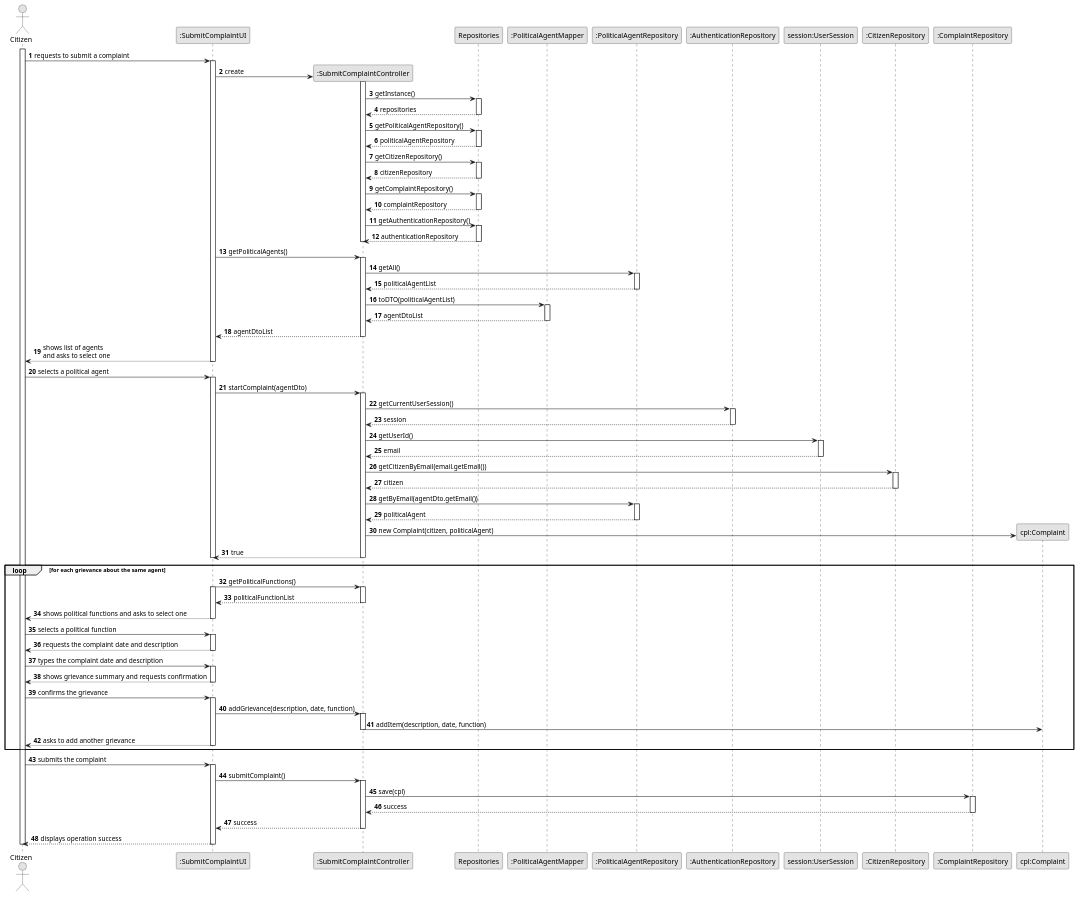
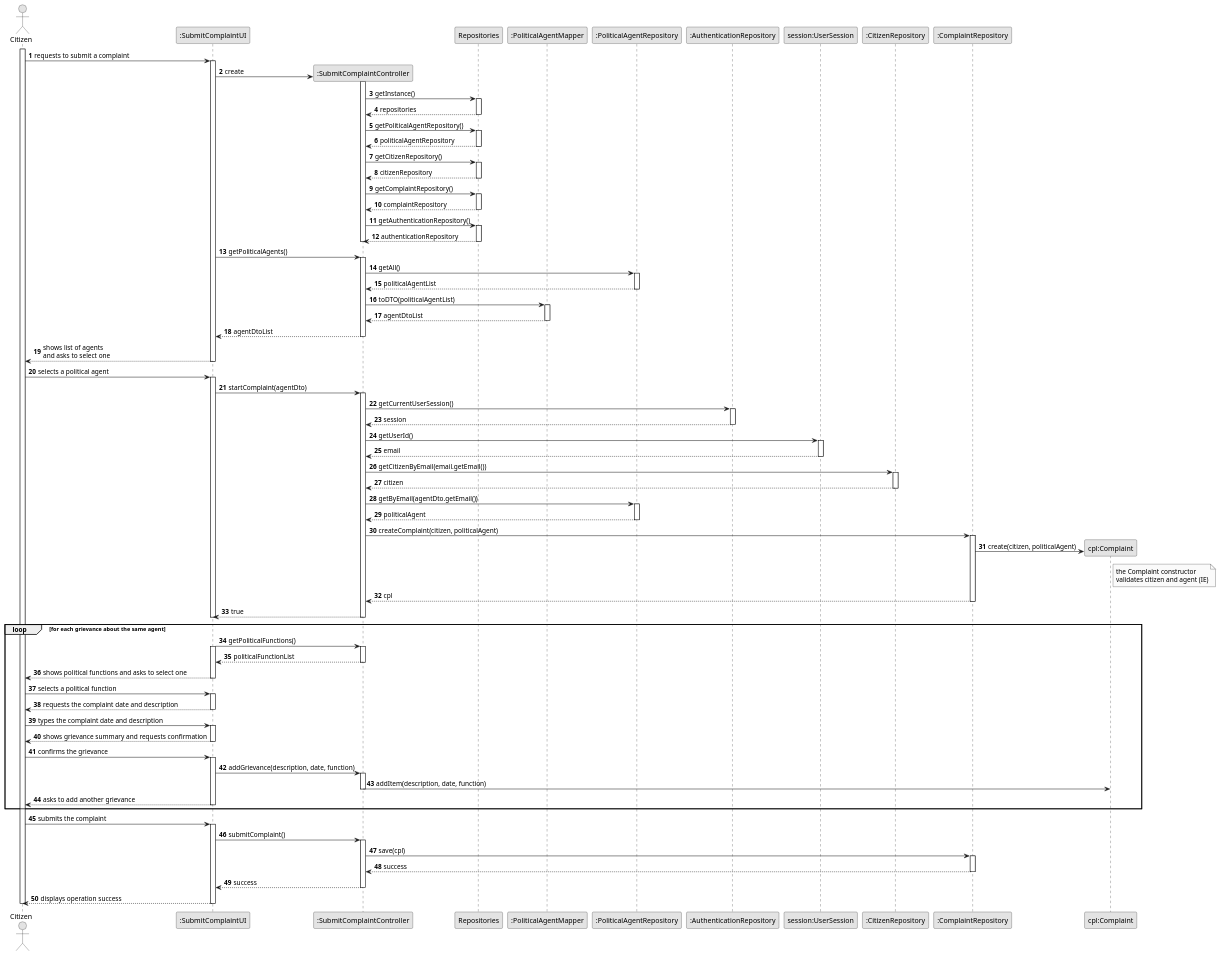
Before and after one commit to brunodspinto/crystal-clear-platform: the diagram in docs/system-documentation/US12/03.design/puml/US12-SD.puml, drawn with PlantUML. The commit also changed 8 other files, not shown here.

```diff
--- a/docs/system-documentation/US12/03.design/puml/US12-SD.puml
+++ b/docs/system-documentation/US12/03.design/puml/US12-SD.puml
@@ -1,135 +1,143 @@
 @startuml US12-SD
 skinparam monochrome true
 skinparam packageStyle rectangle
 skinparam shadowing false
 
 autonumber
 
 actor "Citizen" as C
 participant ":SubmitComplaintUI" as UI
 participant ":SubmitComplaintController" as CTRL
 participant "Repositories" as REPOS
 participant ":PoliticalAgentMapper" as PAM
 participant ":PoliticalAgentRepository" as PAR
 participant ":AuthenticationRepository" as AR
 participant "session:UserSession" as SESS
 participant ":CitizenRepository" as CitR
 participant ":ComplaintRepository" as CR
 participant "cpl:Complaint" as CPL
 
 activate C
 
     C -> UI : requests to submit a complaint
     activate UI
 
         UI -> CTRL** : create
         activate CTRL
             CTRL -> REPOS : getInstance()
             activate REPOS
                 REPOS --> CTRL : repositories
             deactivate REPOS
             CTRL -> REPOS : getPoliticalAgentRepository()
             activate REPOS
                 REPOS --> CTRL : politicalAgentRepository
             deactivate REPOS
             CTRL -> REPOS : getCitizenRepository()
             activate REPOS
                 REPOS --> CTRL : citizenRepository
             deactivate REPOS
             CTRL -> REPOS : getComplaintRepository()
             activate REPOS
                 REPOS --> CTRL : complaintRepository
             deactivate REPOS
             CTRL -> REPOS : getAuthenticationRepository()
             activate REPOS
                 REPOS --> CTRL : authenticationRepository
             deactivate REPOS
         deactivate CTRL
 
         UI -> CTRL : getPoliticalAgents()
         activate CTRL
             CTRL -> PAR : getAll()
             activate PAR
                 PAR --> CTRL : politicalAgentList
             deactivate PAR
             CTRL -> PAM : toDTO(politicalAgentList)
             activate PAM
                 PAM --> CTRL : agentDtoList
             deactivate PAM
             CTRL --> UI : agentDtoList
         deactivate CTRL
 
         UI --> C : shows list of agents \nand asks to select one
     deactivate UI
 
     C -> UI : selects a political agent
     activate UI
 
         UI -> CTRL : startComplaint(agentDto)
         activate CTRL
             CTRL -> AR : getCurrentUserSession()
             activate AR
                 AR --> CTRL : session
             deactivate AR
             CTRL -> SESS : getUserId()
             activate SESS
                 SESS --> CTRL : email
             deactivate SESS
             CTRL -> CitR : getCitizenByEmail(email.getEmail())
             activate CitR
                 CitR --> CTRL : citizen
             deactivate CitR
             CTRL -> PAR : getByEmail(agentDto.getEmail())
             activate PAR
                 PAR --> CTRL : politicalAgent
             deactivate PAR
-            CTRL -> CPL ** : new Complaint(citizen, politicalAgent)
+            CTRL -> CR : createComplaint(citizen, politicalAgent)
+            activate CR
+                CR -> CPL** : create(citizen, politicalAgent)
+                note right of CPL
+                    the Complaint constructor
+                    validates citizen and agent (IE)
+                end note
+                CR --> CTRL : cpl
+            deactivate CR
             CTRL --> UI : true
         deactivate CTRL
     deactivate UI
 
     loop for each grievance about the same agent
         UI -> CTRL : getPoliticalFunctions()
         activate UI
         activate CTRL
             CTRL --> UI : politicalFunctionList
         deactivate CTRL
         UI --> C : shows political functions and asks to select one
         deactivate UI
 
         C -> UI : selects a political function
         activate UI
             UI --> C : requests the complaint date and description
         deactivate UI
 
         C -> UI : types the complaint date and description
         activate UI
             UI --> C : shows grievance summary and requests confirmation
         deactivate UI
 
         C -> UI : confirms the grievance
         activate UI
             UI -> CTRL : addGrievance(description, date, function)
             activate CTRL
                 CTRL -> CPL : addItem(description, date, function)
             deactivate CTRL
             UI --> C : asks to add another grievance
         deactivate UI
     end
 
     C -> UI : submits the complaint
     activate UI
         UI -> CTRL : submitComplaint()
         activate CTRL
             CTRL -> CR : save(cpl)
             activate CR
                 CR --> CTRL : success
             deactivate CR
             CTRL --> UI : success
         deactivate CTRL
         UI --> C : displays operation success
     deactivate UI
 
 deactivate C
 
 @enduml
```
